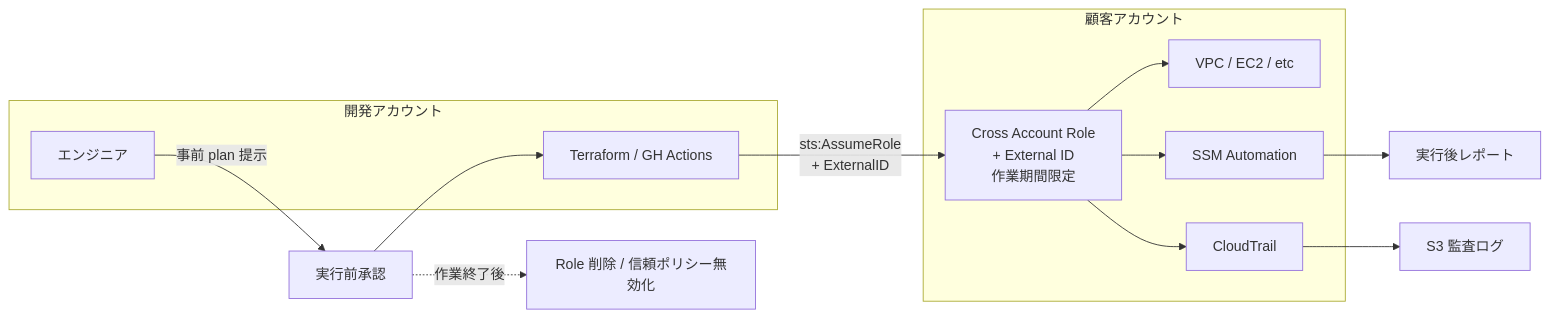
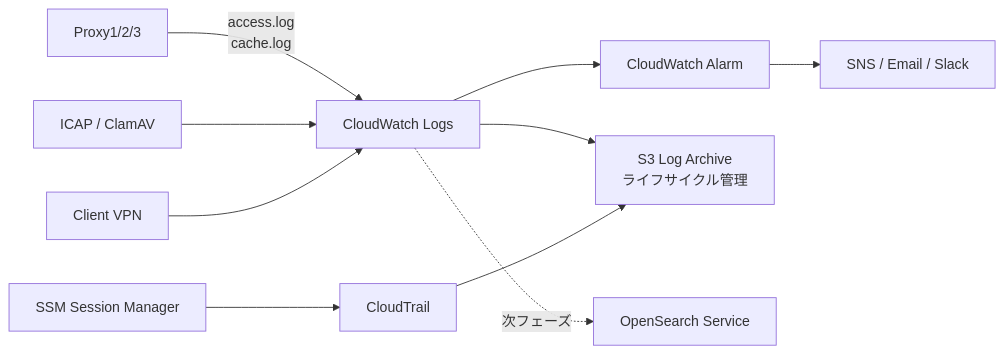
The second of 3 diagrams in aws-deployment-plan.md (Tanasu0417/code-of-life-public), drawn with Mermaid before and after one commit. The commit also changed other lines of this file, not shown here.

````diff
--- a/aws-deployment-plan.md
+++ b/aws-deployment-plan.md
@@ -289,22 +210,12 @@
 ```mermaid
 graph LR
-    subgraph DEV[開発アカウント]
-        ENG[エンジニア]
-        TF[Terraform / GH Actions]
-    end
-    subgraph CUST2[顧客アカウント]
-        XR[Cross Account Role<br/>+ External ID<br/>作業期間限定]
-        TARGET[VPC / EC2 / etc]
-        SSM3[SSM Automation]
-        CT[CloudTrail]
-    end
-    ENG -->|事前 plan 提示| REV[実行前承認]
-    REV --> TF
-    TF -->|sts:AssumeRole<br/>+ ExternalID| XR
-    XR --> TARGET
-    XR --> SSM3
-    SSM3 --> RPT[実行後レポート]
-    XR --> CT
-    CT --> S3CT[S3 監査ログ]
-    REV -.作業終了後.-> DEL[Role 削除 / 信頼ポリシー無効化]
+    PX[Proxy1/2/3] -->|access.log<br/>cache.log| CW[CloudWatch Logs]
+    ICAP[ICAP / ClamAV] --> CW
+    VPN[Client VPN] --> CW
+    CW --> ALM[CloudWatch Alarm]
+    CW --> S3A[S3 Log Archive<br/>ライフサイクル管理]
+    CW -.次フェーズ.-> OS[OpenSearch Service]
+    ALM --> SNS[SNS / Email / Slack]
+    SSM[SSM Session Manager] --> CT[CloudTrail]
+    CT --> S3A
 ```
````
